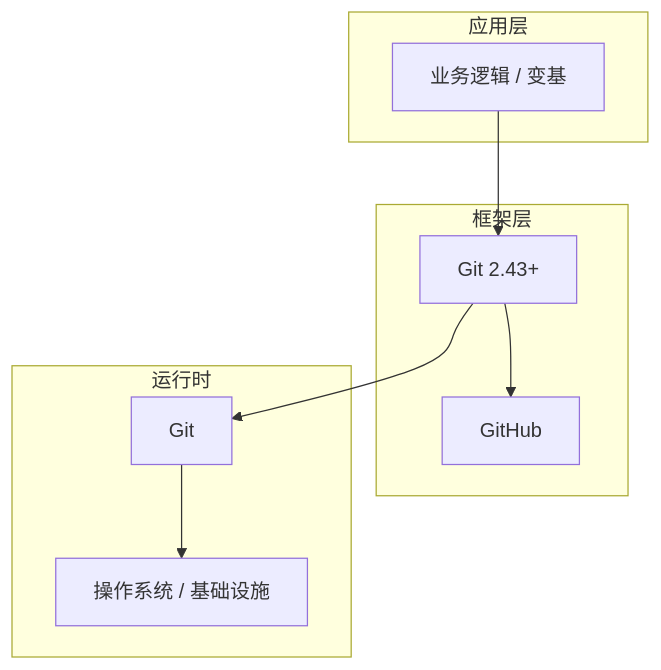
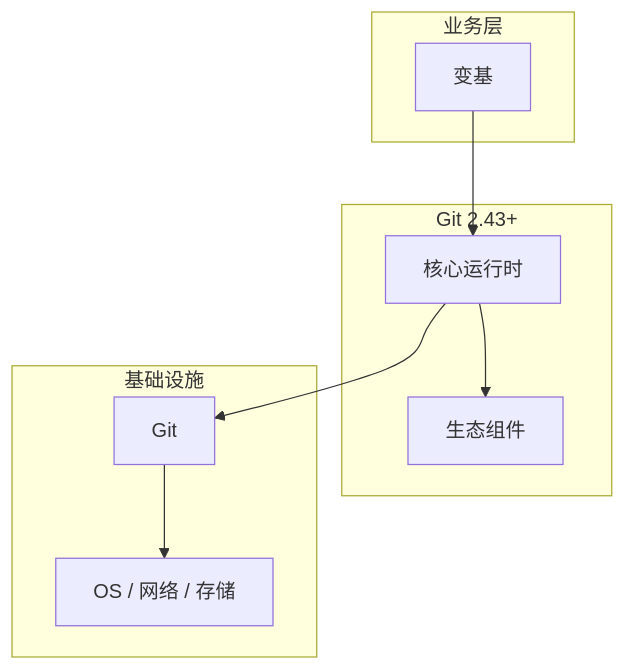
One commit to yanggan2015/knowledge-json-v2 changed the diagram in articles/Git版本控制/chapters/025-变基核心概念与原理.md. Above: the diagram before and after it, drawn with Mermaid. The commit also changed other lines of this file and 10127 other files, not shown here.

````diff
--- a/articles/Git版本控制/chapters/025-变基核心概念与原理.md
+++ b/articles/Git版本控制/chapters/025-变基核心概念与原理.md
@@ -45,18 +34,18 @@
 ```mermaid
 graph TB
-    subgraph 应用层
-        A[业务逻辑 / 变基]
+    subgraph 业务层
+        A[变基]
     end
-    subgraph 框架层
-        B[Git 2.43+]
-        C[GitHub]
+    subgraph Git 2.43+
+        B[核心运行时]
+        C[生态组件]
     end
-    subgraph 运行时
+    subgraph 基础设施
         D[Git]
-        E[操作系统 / 基础设施]
+        E[OS / 网络 / 存储]
     end
     A --> B
     B --> C
     B --> D
     D --> E
 ```
````
